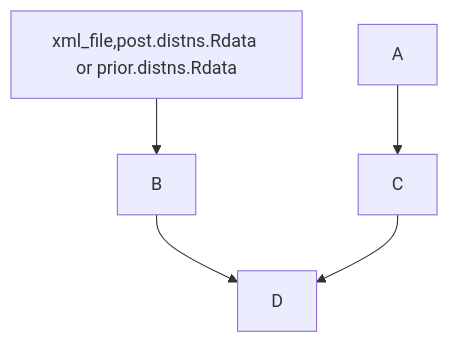
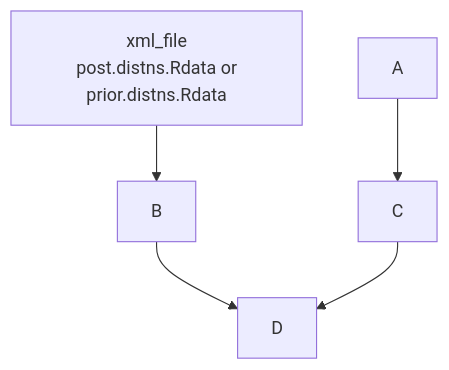
One commit to ecamo19/gsoc_project_2022_vm changed the diagram in README.md. Above: the diagram before and after it, drawn with Mermaid.

````diff
--- a/README.md
+++ b/README.md
@@ -50,7 +50,7 @@
 ```mermaid
   graph TD;
-      inputs[xml_file,post.distns.Rdata or prior.distns.Rdata]-->B;
+      inputs[xml_file\n post.distns.Rdata or prior.distns.Rdata]-->B;
       A-->C;
       B-->D;
       C-->D;
 ```
````
